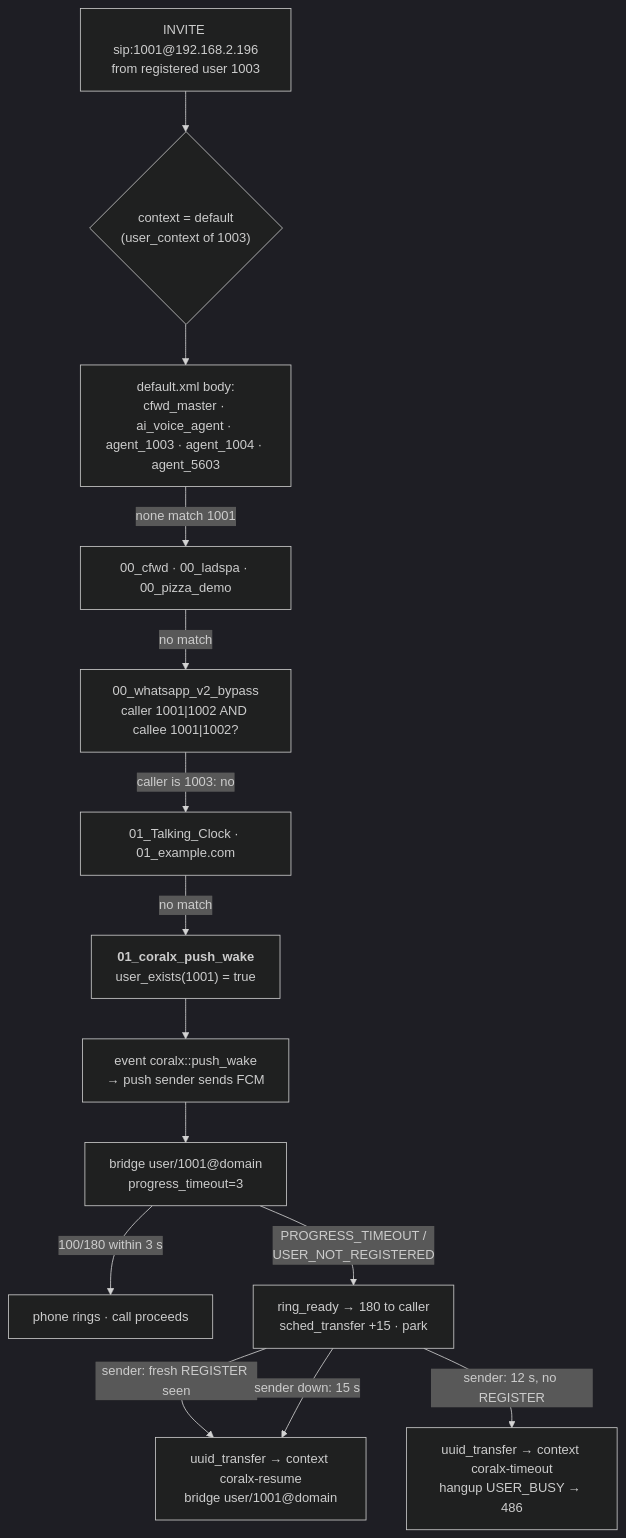
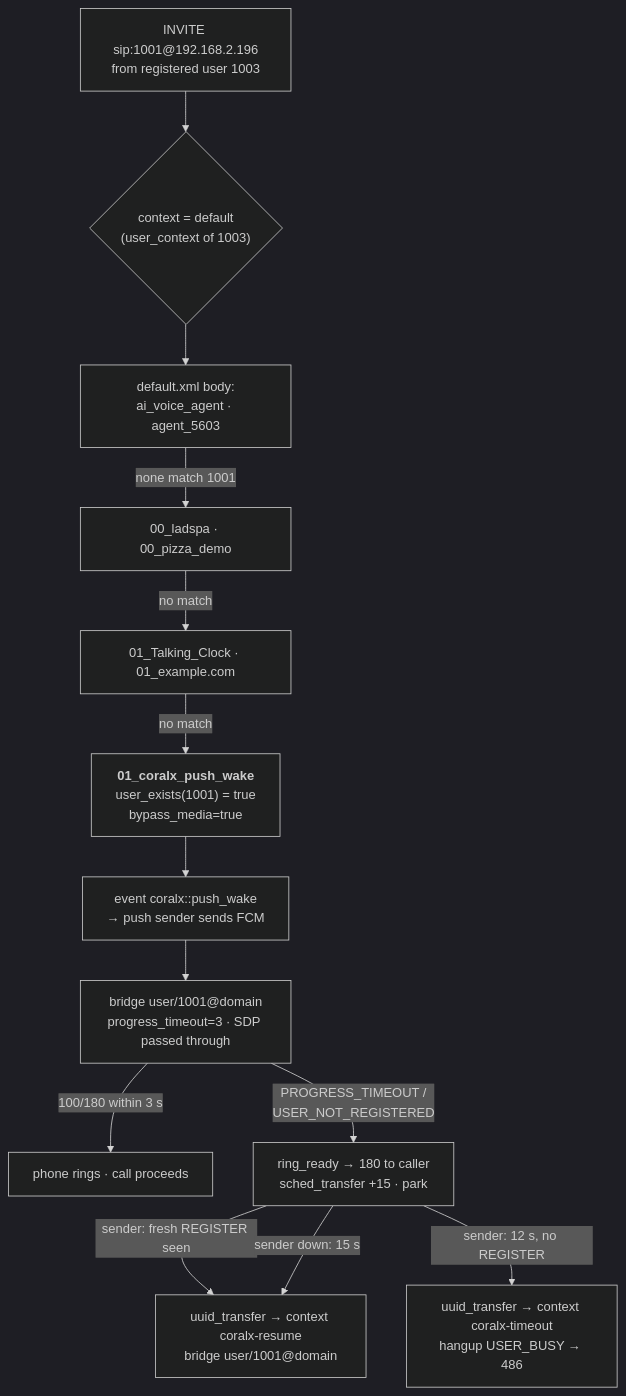
One commit to Rahulcse79/whatsapp-v2 changed the diagram in docs/Freeswitch_configuration_docs/04-dialplan.md. Above: the diagram before and after it, drawn with Mermaid (dark theme). The commit also changed other lines of this file and 6 other files, not shown here.

First line of the commit message:
fix(freeswitch): bypass media on every handset-to-handset call, and retire the April 1003/1004 rules

````diff
--- a/docs/Freeswitch_configuration_docs/04-dialplan.md
+++ b/docs/Freeswitch_configuration_docs/04-dialplan.md
@@ -28,16 +36,15 @@
 ```mermaid
 flowchart TD
     I["INVITE sip:1001@192.168.2.196<br/>from registered user 1003"] --> C{"context = default<br/>(user_context of 1003)"}
-    C --> D1["default.xml body:<br/>cfwd_master · ai_voice_agent · agent_1003 · agent_1004 · agent_5603"]
-    D1 -- "none match 1001" --> D2["00_cfwd · 00_ladspa · 00_pizza_demo"]
-    D2 -- "no match" --> D3["00_whatsapp_v2_bypass<br/>caller 1001|1002 AND callee 1001|1002?"]
-    D3 -- "caller is 1003: no" --> D4["01_Talking_Clock · 01_example.com"]
-    D4 -- "no match" --> D5["<b>01_coralx_push_wake</b><br/>user_exists(1001) = true"]
+    C --> D1["default.xml body:<br/>ai_voice_agent · agent_5603"]
+    D1 -- "none match 1001" --> D2["00_ladspa · 00_pizza_demo"]
+    D2 -- "no match" --> D4["01_Talking_Clock · 01_example.com"]
+    D4 -- "no match" --> D5["<b>01_coralx_push_wake</b><br/>user_exists(1001) = true<br/>bypass_media=true"]
     D5 --> E["event coralx::push_wake<br/>→ push sender sends FCM"]
-    E --> B1["bridge user/1001@domain<br/>progress_timeout=3"]
+    E --> B1["bridge user/1001@domain<br/>progress_timeout=3 · SDP passed through"]
     B1 -- "100/180 within 3 s" --> RING["phone rings · call proceeds"]
     B1 -- "PROGRESS_TIMEOUT /<br/>USER_NOT_REGISTERED" --> RR["ring_ready → 180 to caller<br/>sched_transfer +15 · park"]
     RR -- "sender: fresh REGISTER seen" --> RES["uuid_transfer → context coralx-resume<br/>bridge user/1001@domain"]
     RR -- "sender: 12 s, no REGISTER" --> TO["uuid_transfer → context coralx-timeout<br/>hangup USER_BUSY → 486"]
     RR -- "sender down: 15 s" --> RES
 ```
````
